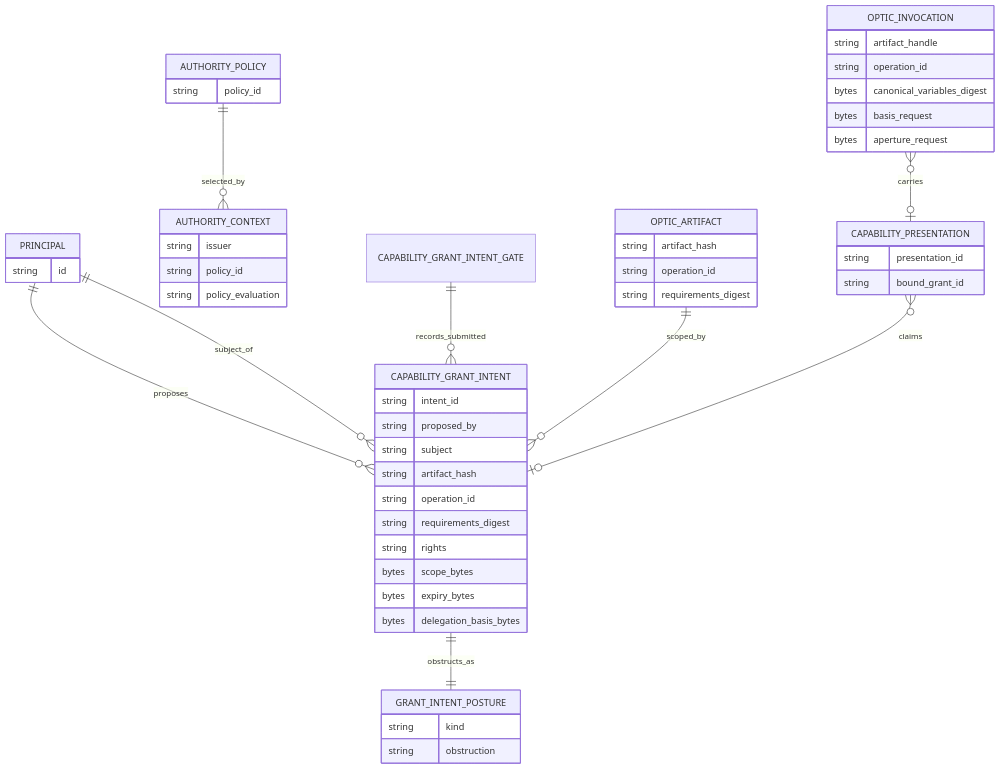
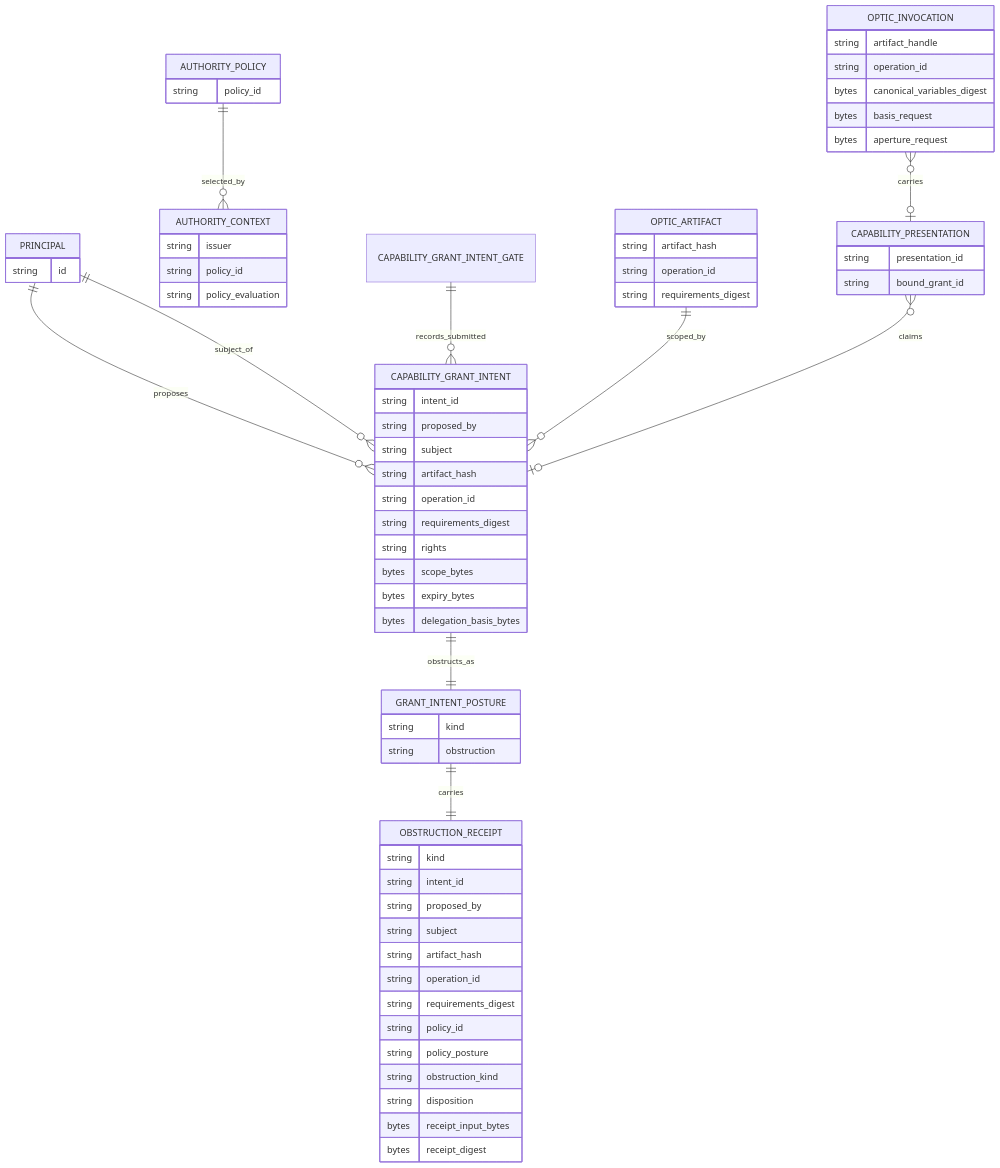
Before and after one commit to flyingrobots/echo: the fifth of 5 diagrams in docs/design/optic-capability-grant-intent-boundary.md, drawn with Mermaid. The commit also changed other lines of this file and 4 other files, not shown here.

Commit message:
test(core): reconcile grant obstruction receipts

````diff
--- a/docs/design/optic-capability-grant-intent-boundary.md
+++ b/docs/design/optic-capability-grant-intent-boundary.md
@@ -238,62 +260,79 @@
 ```mermaid
 erDiagram
   PRINCIPAL ||--o{ CAPABILITY_GRANT_INTENT : proposes
   PRINCIPAL ||--o{ CAPABILITY_GRANT_INTENT : subject_of
   AUTHORITY_POLICY ||--o{ AUTHORITY_CONTEXT : selected_by
   CAPABILITY_GRANT_INTENT_GATE ||--o{ CAPABILITY_GRANT_INTENT : records_submitted
   OPTIC_ARTIFACT ||--o{ CAPABILITY_GRANT_INTENT : scoped_by
   CAPABILITY_GRANT_INTENT ||--|| GRANT_INTENT_POSTURE : obstructs_as
+  GRANT_INTENT_POSTURE ||--|| OBSTRUCTION_RECEIPT : carries
   CAPABILITY_PRESENTATION }o--o| CAPABILITY_GRANT_INTENT : claims
   OPTIC_INVOCATION }o--o| CAPABILITY_PRESENTATION : carries
 
   PRINCIPAL {
     string id
   }
 
   AUTHORITY_POLICY {
     string policy_id
   }
 
   AUTHORITY_CONTEXT {
     string issuer
     string policy_id
     string policy_evaluation
   }
 
   OPTIC_ARTIFACT {
     string artifact_hash
     string operation_id
     string requirements_digest
   }
 
   CAPABILITY_GRANT_INTENT {
     string intent_id
     string proposed_by
     string subject
     string artifact_hash
     string operation_id
     string requirements_digest
     string rights
     bytes scope_bytes
     bytes expiry_bytes
     bytes delegation_basis_bytes
   }
 
   CAPABILITY_PRESENTATION {
     string presentation_id
     string bound_grant_id
   }
 
   OPTIC_INVOCATION {
     string artifact_handle
     string operation_id
     bytes canonical_variables_digest
     bytes basis_request
     bytes aperture_request
   }
 
   GRANT_INTENT_POSTURE {
     string kind
     string obstruction
   }
+
+  OBSTRUCTION_RECEIPT {
+    string kind
+    string intent_id
+    string proposed_by
+    string subject
+    string artifact_hash
+    string operation_id
+    string requirements_digest
+    string policy_id
+    string policy_posture
+    string obstruction_kind
+    string disposition
+    bytes receipt_input_bytes
+    bytes receipt_digest
+  }
 ```
````
